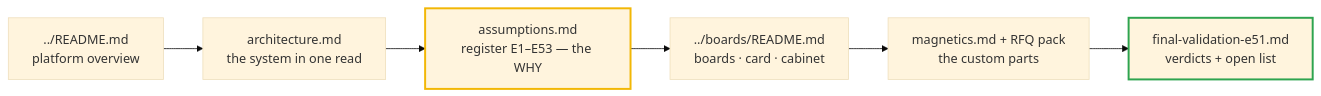
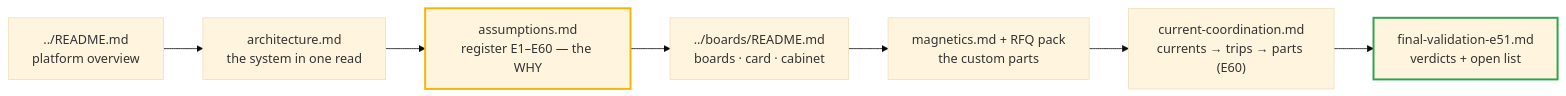
Before and after one commit to vectivolt/DC-Modules: the diagram in docs/README.md, drawn with Mermaid (base theme). The commit also changed other lines of this file and 309 other files, not shown here.

````diff
--- a/docs/README.md
+++ b/docs/README.md
@@ -20,10 +21,11 @@
 ```mermaid
 flowchart LR
   A["../README.md<br/>platform overview"] --> B["architecture.md<br/>the system in one read"]
-  B --> C["assumptions.md<br/>register E1–E53 — the WHY"]
+  B --> C["assumptions.md<br/>register E1–E60 — the WHY"]
   C --> D["../boards/README.md<br/>boards · card · cabinet"]
   D --> E["magnetics.md + RFQ pack<br/>the custom parts"]
-  E --> F["final-validation-e51.md<br/>verdicts + open list"]
+  E --> Q["current-coordination.md<br/>currents → trips → parts (E60)"]
+  Q --> F["final-validation-e51.md<br/>verdicts + open list"]
   style C stroke:#f2b705,stroke-width:2.5px
   style F stroke:#2ea44f,stroke-width:2.5px
 ```
````
